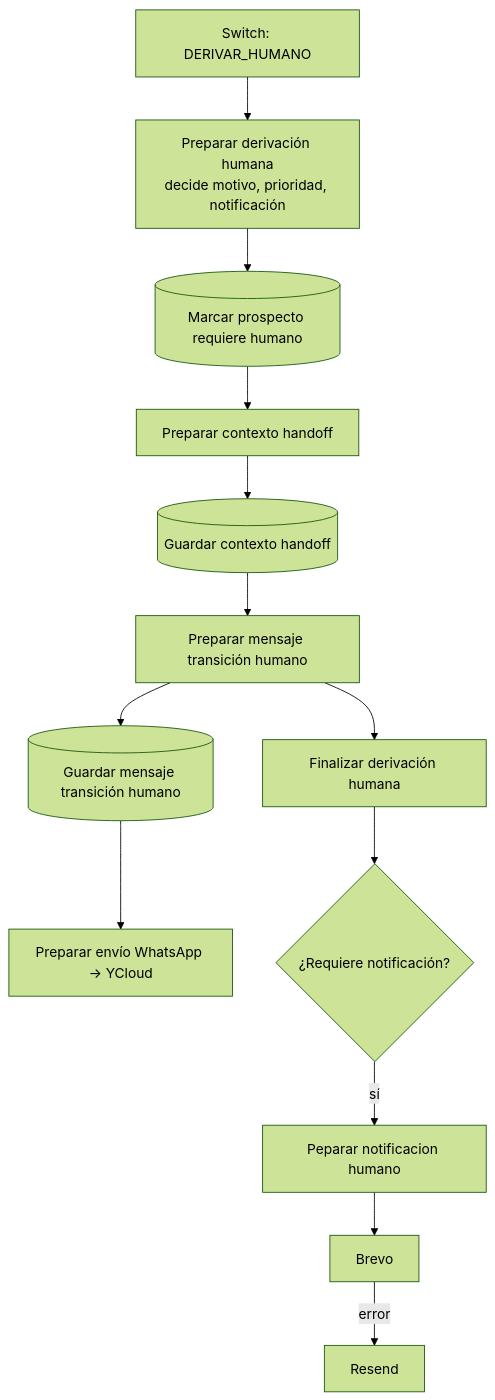
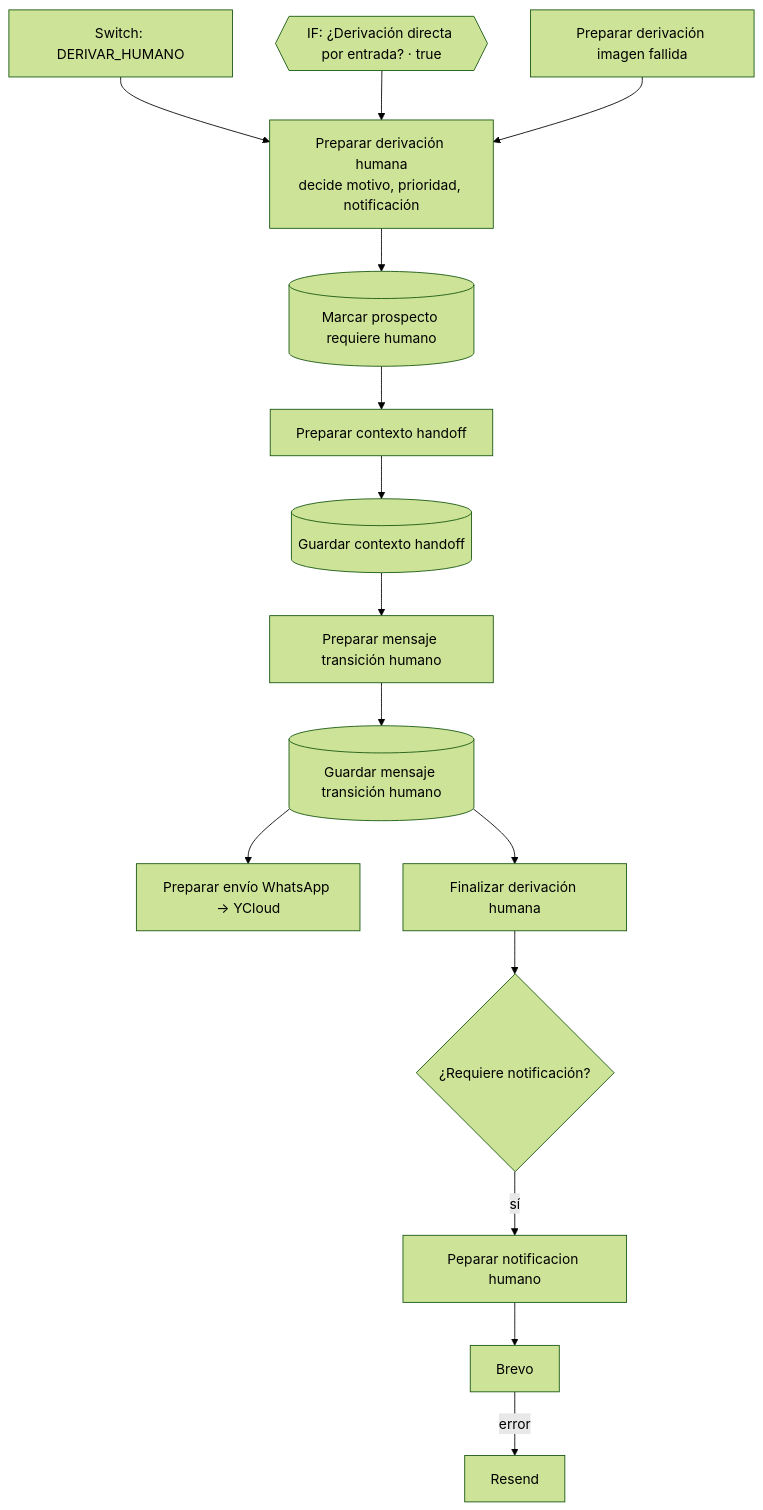
One commit to Theborycuas/pegaso-n8n changed the diagram in docs/flujo-handoff.md. Above: the diagram before and after it, drawn with Mermaid (forest theme). The commit also changed other lines of this file and 80 other files, not shown here.

````diff
--- a/docs/flujo-handoff.md
+++ b/docs/flujo-handoff.md
@@ -33,15 +44,17 @@
 ```mermaid
 flowchart TD
     S[Switch: DERIVAR_HUMANO] --> P[Preparar derivación humana<br/>decide motivo, prioridad, notificación]
+    D{{IF: ¿Derivación directa por entrada? · true}} --> P
+    I[Preparar derivación imagen fallida] --> P
     P --> M[(Marcar prospecto requiere humano)]
     M --> C[Preparar contexto handoff]
     C --> GC[(Guardar contexto handoff)]
     GC --> T[Preparar mensaje transición humano]
     T --> GM[(Guardar mensaje transición humano)]
     GM --> W[Preparar envío WhatsApp → YCloud]
-    T --> F[Finalizar derivación humana]
+    GM --> F[Finalizar derivación humana]
     F --> Q{¿Requiere notificación?}
     Q -->|sí| N[Peparar notificacion humano]
     N --> B[Brevo]
     B -->|error| R[Resend]
 ```
````
